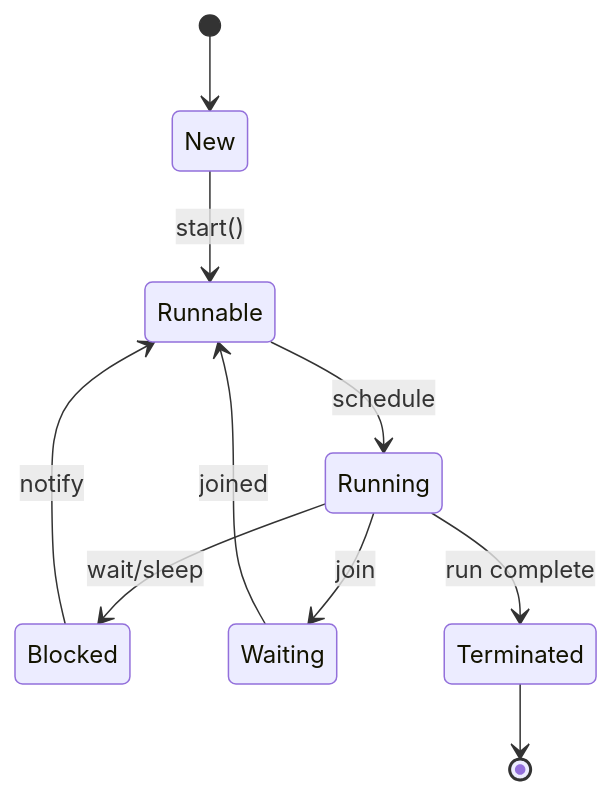
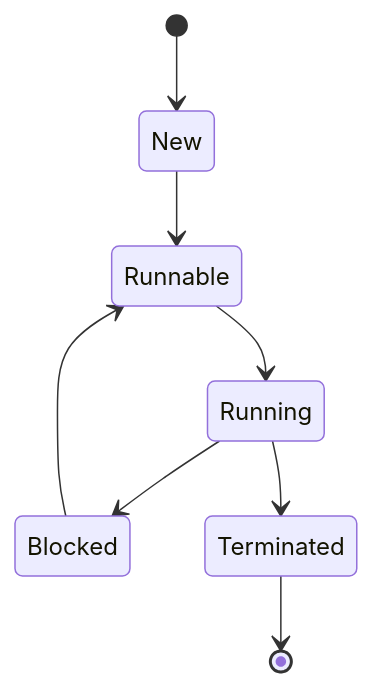
One commit to VrushankPatel/interview-matters changed the diagram in multithreading-concurrency-in-java/README.md. Above: the diagram before and after it, drawn with Mermaid. The commit also changed other lines of this file and 6 other files, not shown here.

````diff
--- a/multithreading-concurrency-in-java/README.md
+++ b/multithreading-concurrency-in-java/README.md
@@ -31,12 +64,10 @@
 ```mermaid
 stateDiagram-v2
-[*] --> New
-New --> Runnable : start()
-Runnable --> Running : schedule
-Running --> Blocked : wait/sleep
-Blocked --> Runnable : notify
-Running --> Waiting : join
-Waiting --> Runnable : joined
-Running --> Terminated : run complete
-Terminated --> [*]
+    [*] --> New
+    New --> Runnable
+    Runnable --> Running
+    Running --> Blocked
+    Blocked --> Runnable
+    Running --> Terminated
+    Terminated --> [*]
 ```
````
